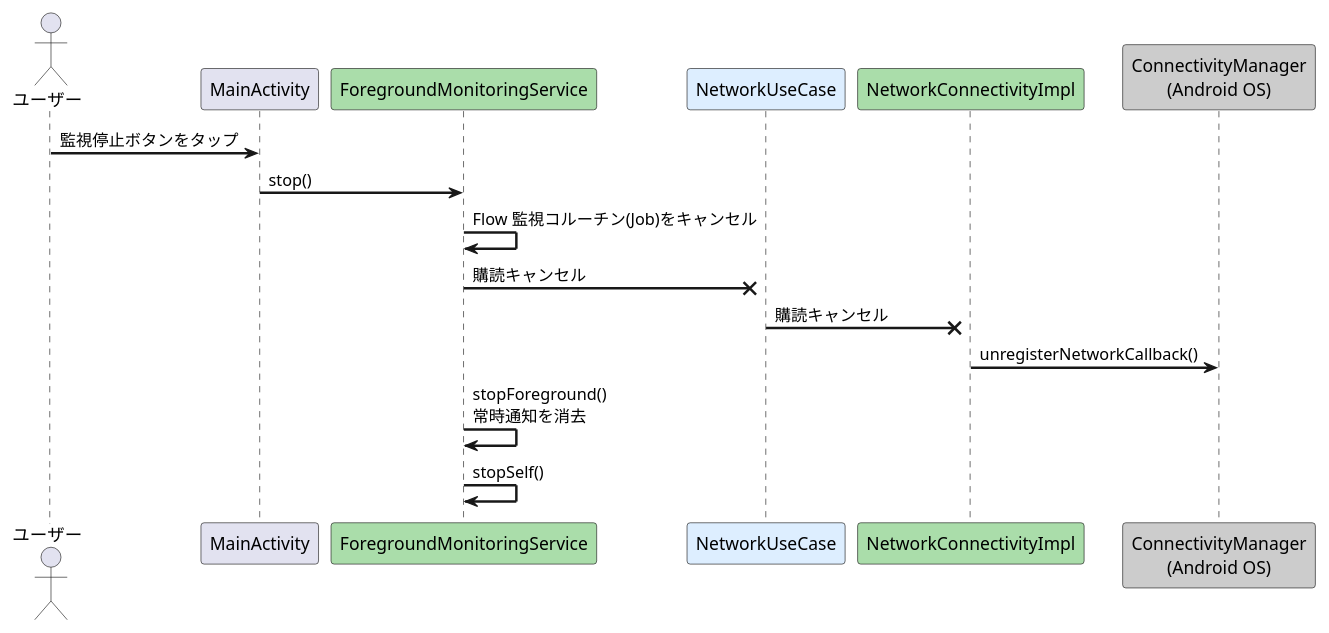
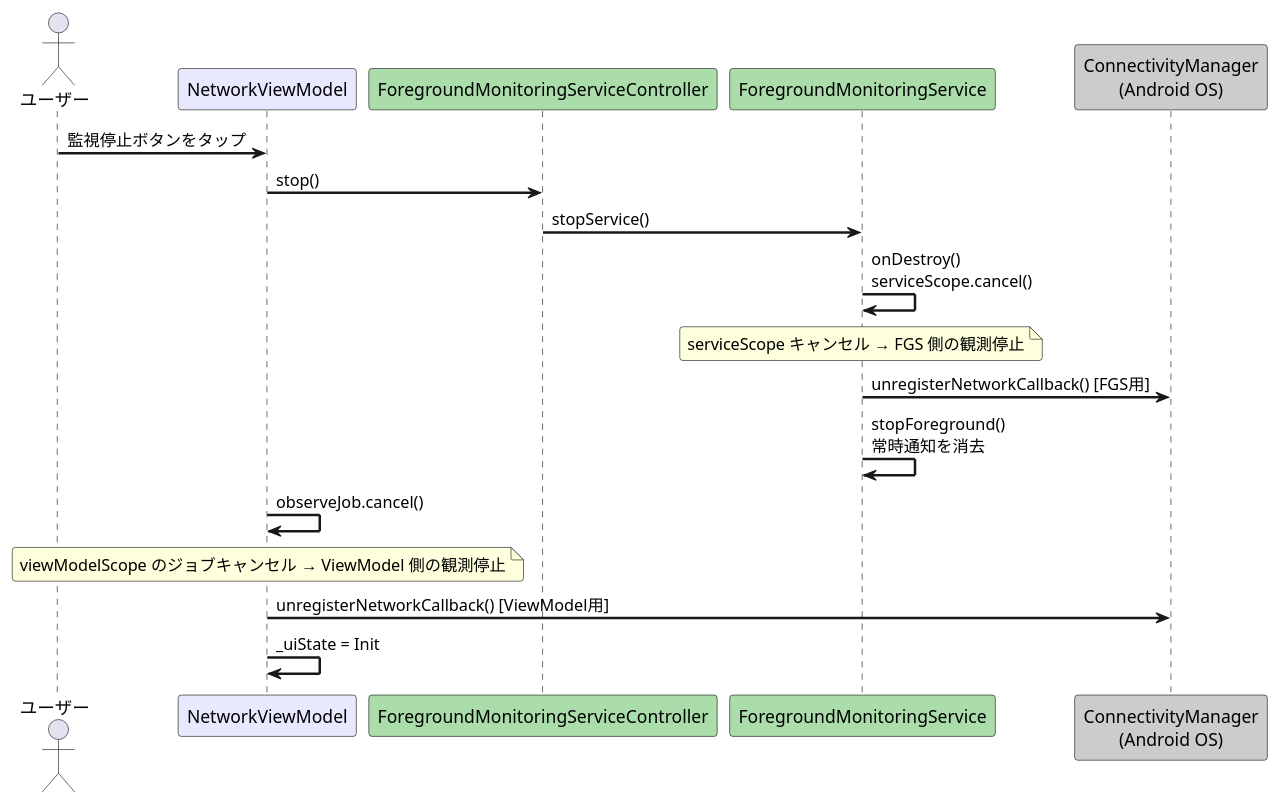
Before and after one commit to kyo1941/wifi-observer: the third of 3 diagrams in docs/notification-sequence.md, drawn with PlantUML. The commit also changed other lines of this file and 2 other files, not shown here.

````diff
--- a/docs/notification-sequence.md
+++ b/docs/notification-sequence.md
@@ -88,22 +107,25 @@
 ```plantuml
 @startuml
 skinparam sequenceArrowThickness 2
 skinparam roundcorner 5
 
 actor ユーザー
-participant "MainActivity" as Activity
+participant "NetworkViewModel" as ViewModel #E8E8FF
+participant "ForegroundMonitoringServiceController" as Controller #AADDAA
 participant "ForegroundMonitoringService" as Service #AADDAA
-participant "NetworkUseCase" as UseCase #DDEEFF
-participant "NetworkConnectivityImpl" as Connectivity #AADDAA
 participant "ConnectivityManager\n(Android OS)" as OS #CCCCCC
 
-ユーザー -> Activity: 監視停止ボタンをタップ
-Activity -> Service: stop()
-Service -> Service: Flow 監視コルーチン(Job)をキャンセル
-Service ->x UseCase: 購読キャンセル
-UseCase ->x Connectivity: 購読キャンセル
-Connectivity -> OS: unregisterNetworkCallback()
+ユーザー -> ViewModel: 監視停止ボタンをタップ
+ViewModel -> Controller: stop()
+Controller -> Service: stopService()
+Service -> Service: onDestroy()\nserviceScope.cancel()
+note over Service: serviceScope キャンセル → FGS 側の観測停止
+Service -> OS: unregisterNetworkCallback() [FGS用]
 Service -> Service: stopForeground()\n常時通知を消去
-Service -> Service: stopSelf()
+
+ViewModel -> ViewModel: observeJob.cancel()
+note over ViewModel: viewModelScope のジョブキャンセル → ViewModel 側の観測停止
+ViewModel -> OS: unregisterNetworkCallback() [ViewModel用]
+ViewModel -> ViewModel: _uiState = Init
 @enduml
 ```
````
